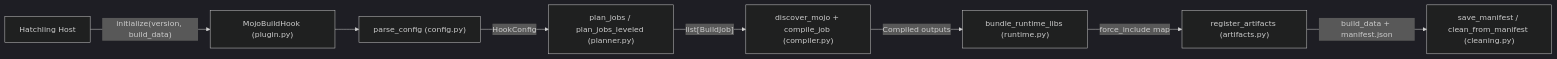
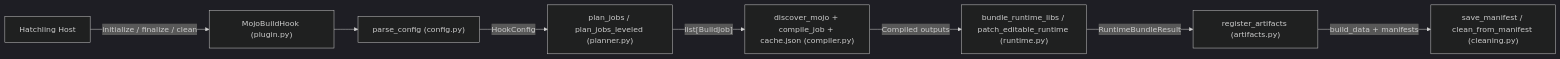
Before and after one commit to cofin/hatch-mojo: the diagram in .agents/bundles/knowledge/architecture/build-pipeline-seams.md, drawn with Mermaid (dark theme). The commit also changed other lines of this file and 13 other files, not shown here.

````diff
--- a/.agents/bundles/knowledge/architecture/build-pipeline-seams.md
+++ b/.agents/bundles/knowledge/architecture/build-pipeline-seams.md
@@ -48,10 +48,10 @@
 ```mermaid
 flowchart LR
-    H["Hatchling Host"] -->|"initialize(version, build_data)"| P["MojoBuildHook (plugin.py)"]
+    H["Hatchling Host"] -->|"initialize / finalize / clean"| P["MojoBuildHook (plugin.py)"]
     P --> C["parse_config (config.py)"]
     C -->|"HookConfig"| PL["plan_jobs / plan_jobs_leveled (planner.py)"]
-    PL -->|"list[BuildJob]"| CM["discover_mojo + compile_job (compiler.py)"]
-    CM -->|"Compiled outputs"| RT["bundle_runtime_libs (runtime.py)"]
-    RT -->|"force_include map"| AR["register_artifacts (artifacts.py)"]
-    AR -->|"build_data + manifest.json"| CL["save_manifest / clean_from_manifest (cleaning.py)"]
+    PL -->|"list[BuildJob]"| CM["discover_mojo + compile_job + cache.json (compiler.py)"]
+    CM -->|"Compiled outputs"| RT["bundle_runtime_libs / patch_editable_runtime (runtime.py)"]
+    RT -->|"RuntimeBundleResult"| AR["register_artifacts (artifacts.py)"]
+    AR -->|"build_data + manifests"| CL["save_manifest / clean_from_manifest (cleaning.py)"]
 ```
````
